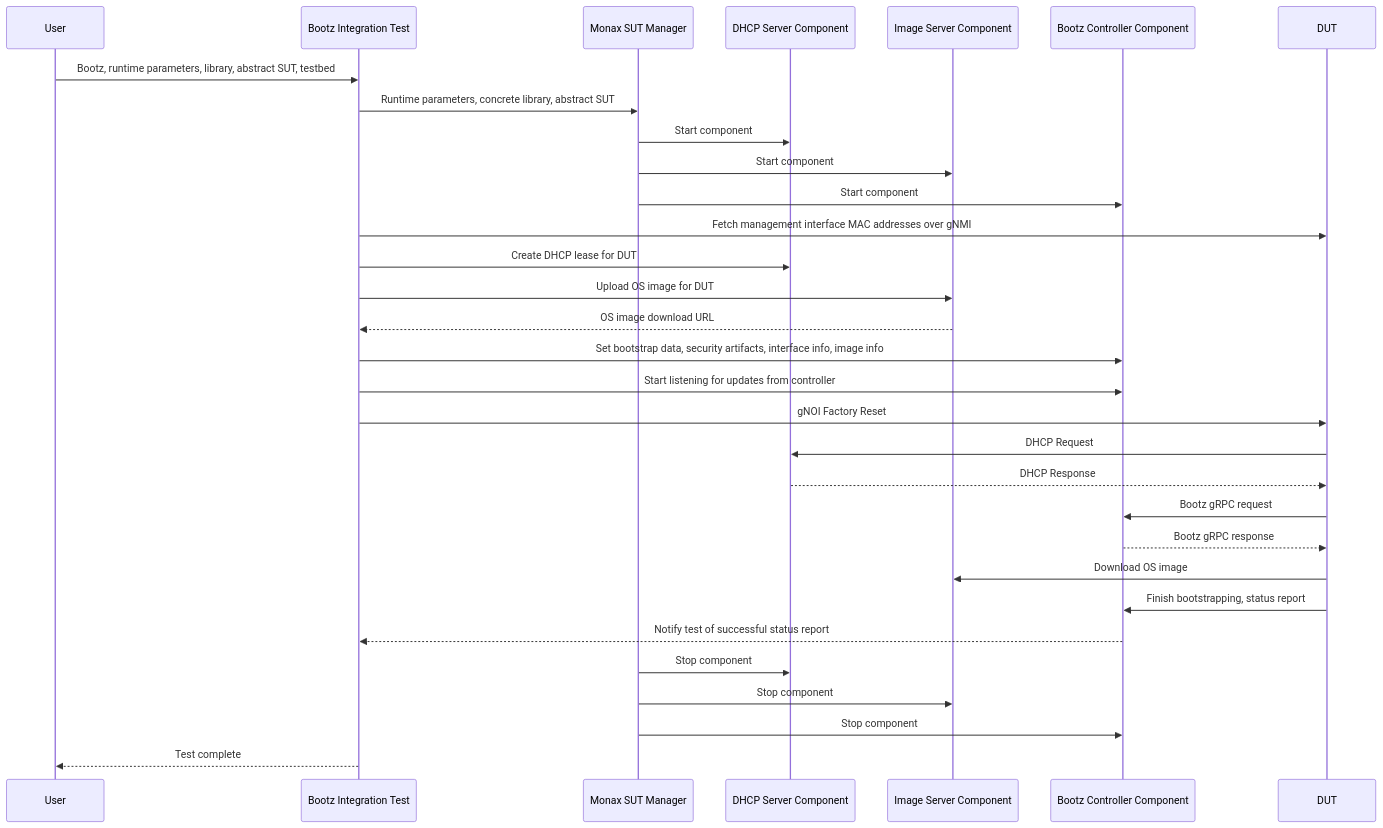
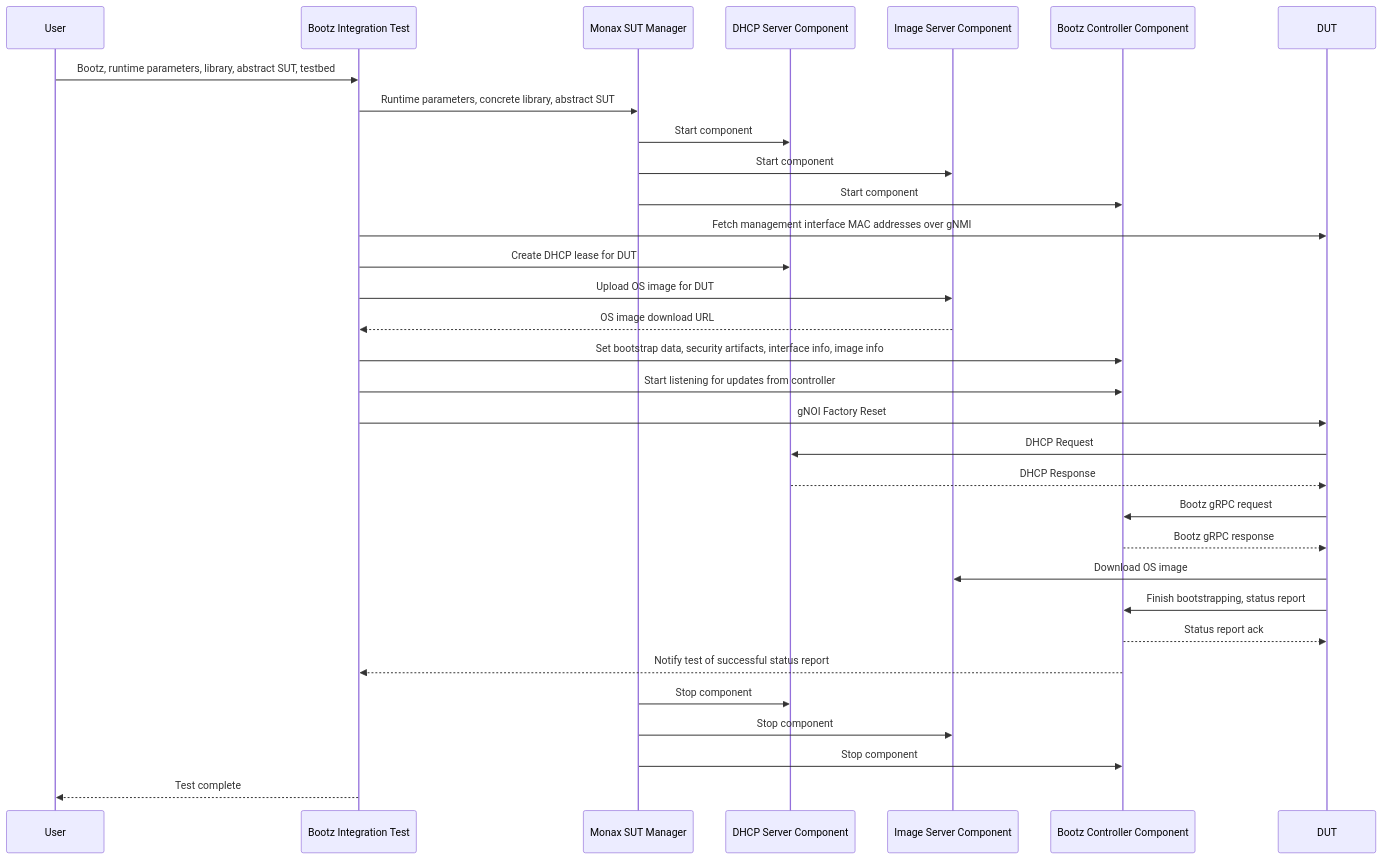
One commit to openconfig/bootz changed the diagram in server/tests/README.md. Above: the diagram before and after it, drawn with Mermaid.

Commit message:
Add status report response to diagram

````diff
--- a/server/tests/README.md
+++ b/server/tests/README.md
@@ -33,33 +33,34 @@
 ```mermaid
 sequenceDiagram
     participant User;
     participant B as Bootz Integration Test;
     participant M as Monax SUT Manager;
     participant D as DHCP Server Component;
     participant I as Image Server Component;
     participant BC as Bootz Controller Component;
     participant DUT;
     User->>B: Bootz, runtime  parameters, library, abstract SUT, testbed;
     B->>M: Runtime parameters, concrete library, abstract SUT;
     M->>D: Start component;
     M->>I: Start component;
     M->>BC: Start component;
     B->>DUT: Fetch management interface MAC addresses over gNMI;
     B->>D: Create DHCP lease for DUT;
     B->>I: Upload OS image for DUT;
     I-->>B: OS image download URL;
     B->>BC: Set bootstrap data, security artifacts, interface info, image info;
     B->>BC: Start listening for updates from controller;
     B->>DUT: gNOI Factory Reset;
     DUT->>D: DHCP Request;
     D-->>DUT: DHCP Response;
     DUT->>BC: Bootz gRPC request;
     BC-->>DUT: Bootz gRPC response;
     DUT->>I: Download OS image;
     DUT->>BC: Finish bootstrapping, status report;
+    BC-->>DUT: Status report ack;
     BC-->>B: Notify test of successful status report;
     M->>D: Stop component;
     M->>I: Stop component;
     M->>BC: Stop component;
     B-->>User: Test complete;
 ```
````
